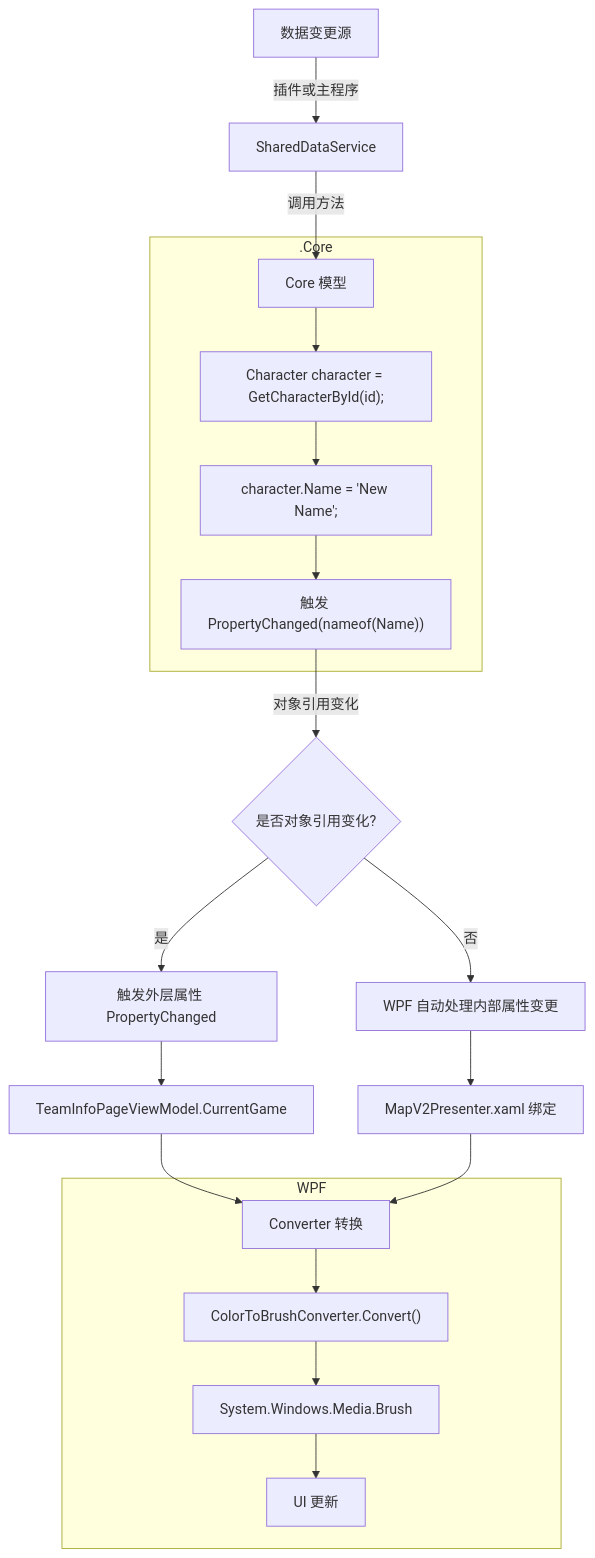
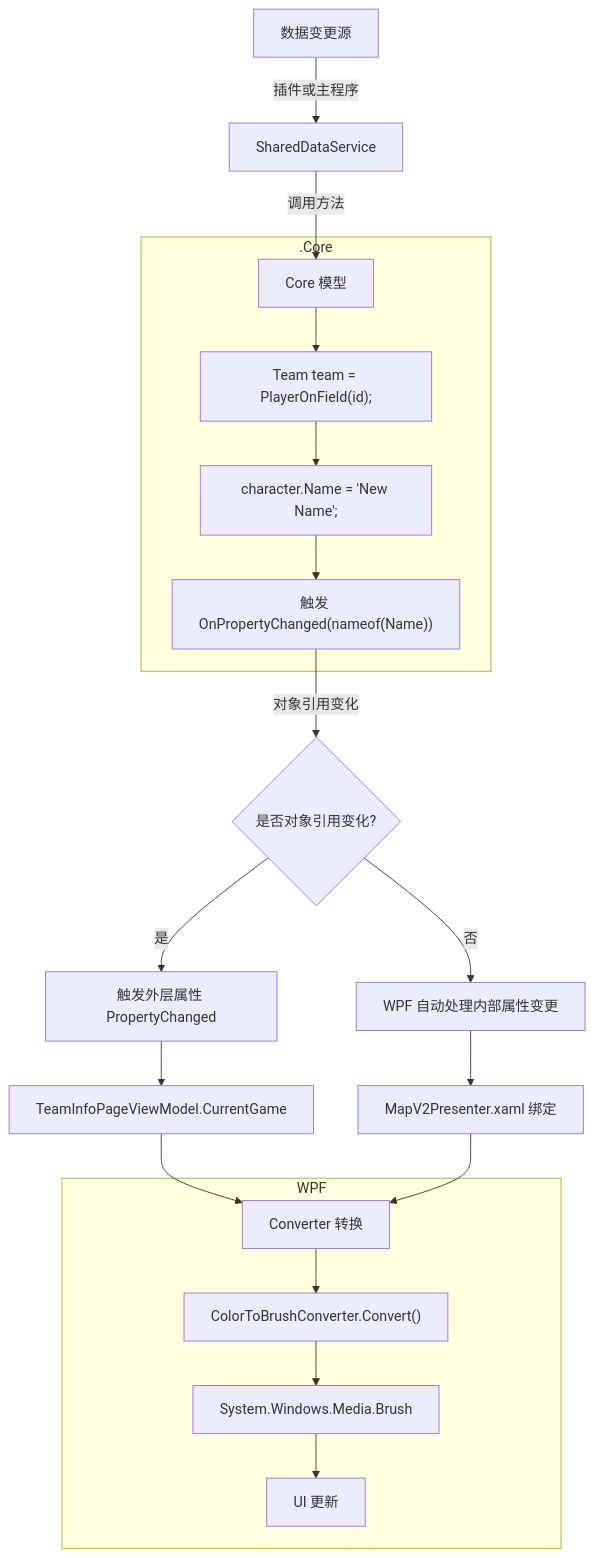
The second of 3 diagrams in docs/开发文档/(新) 核心数据流架构.md (PLFJY/neo-bpsys-docs), drawn with Mermaid before and after one commit. The commit also changed other lines of this file, not shown here.

````diff
--- a/docs/开发文档/(新) 核心数据流架构.md
+++ b/docs/开发文档/(新) 核心数据流架构.md
@@ -70,27 +70,27 @@
 ```mermaid
 flowchart TD
     A[数据变更源] -->|插件或主程序| B[SharedDataService]
     B -->|调用方法| C[Core 模型]
     
     subgraph .Core
-        C --> C1["Character character = GetCharacterById(id);"]
+        C --> C1["Team team = PlayerOnField(id);"]
         C1 --> C2["character.Name = 'New Name';"]
-        C2 --> C3["触发 PropertyChanged(nameof(Name))"]
+        C2 --> C3["触发 OnPropertyChanged(nameof(Name))"]
     end
     
     C3 -->|对象引用变化| D{是否对象引用变化?}
     D -->|是| E["触发外层属性 PropertyChanged"]
     D -->|否| F["WPF 自动处理内部属性变更"]
     
     E --> G[TeamInfoPageViewModel.CurrentGame]
     F --> H[MapV2Presenter.xaml 绑定]
     
     G --> I[Converter 转换]
     H --> I
     
     subgraph WPF
         I --> I1["ColorToBrushConverter.Convert()"]
         I1 --> I2["System.Windows.Media.Brush"]
         I2 --> J[UI 更新]
     end
 ```
````
